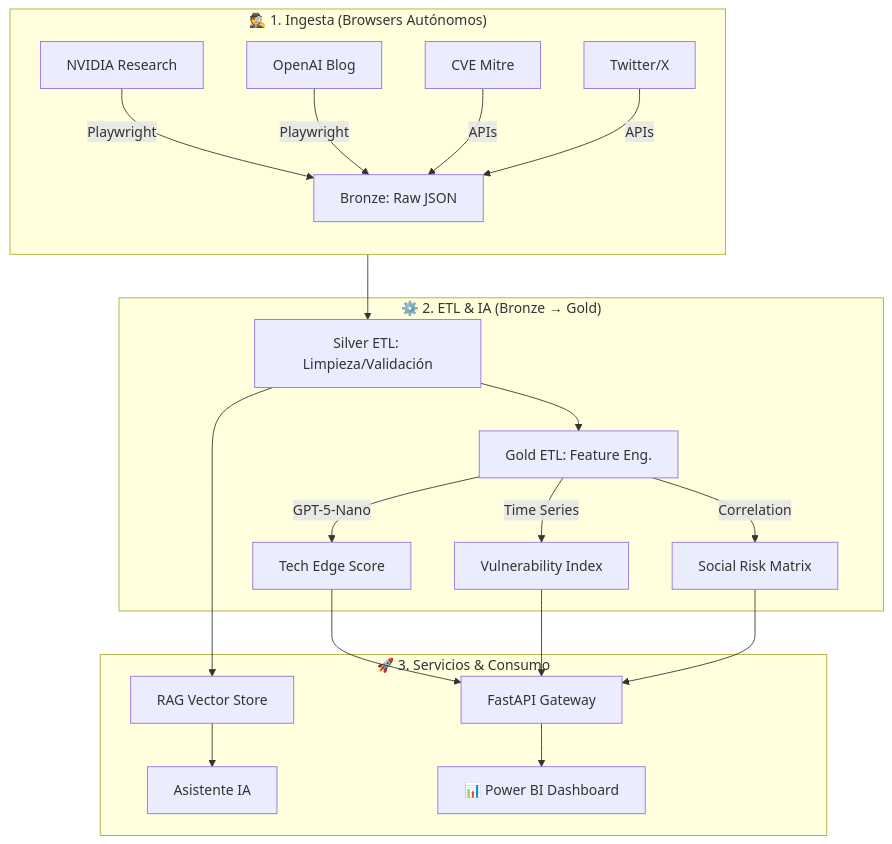
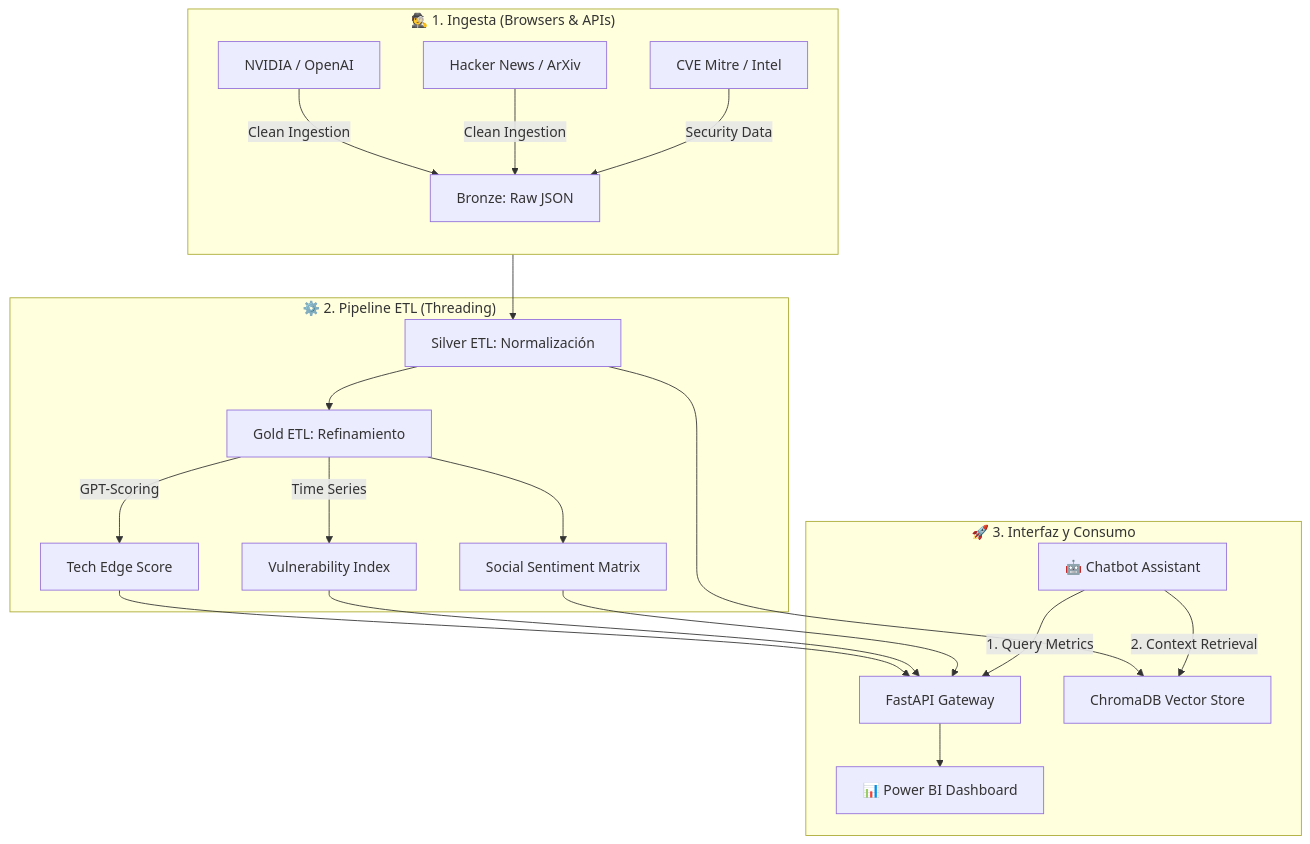
One commit to dunkelkaiser/ciber_monitoring changed the diagram in README.md. Above: the diagram before and after it, drawn with Mermaid. The commit also changed other lines of this file and 2 other files, not shown here.

````diff
--- a/README.md
+++ b/README.md
@@ -50,23 +40,24 @@
 ```mermaid
 graph TD
-    subgraph Ingesta_Automatizada ["🕵️ 1. Ingesta (Browsers Autónomos)"]
+    subgraph Ingesta_Automatizada ["🕵️ 1. Ingesta (Browsers & APIs)"]
         direction TB
-        A[NVIDIA Research] & B[OpenAI Blog] -->|Playwright| C[Bronze: Raw JSON]
-        D[CVE Mitre] & E[Twitter/X] -->|APIs| C
+        A[NVIDIA / OpenAI] & B[Hacker News / ArXiv] -->|Clean Ingestion| C[Bronze: Raw JSON]
+        D[CVE Mitre / Intel] -->|Security Data| C
     end
 
-    subgraph Procesamiento_Datos ["⚙️ 2. ETL & IA (Bronze → Gold)"]
-        C --> F[Silver ETL: Limpieza/Validación]
-        F --> G[Gold ETL: Feature Eng.]
-        G -->|GPT-5-Nano| H[Tech Edge Score]
+    subgraph Procesamiento_IA ["⚙️ 2. Pipeline ETL (Threading)"]
+        C --> F[Silver ETL: Normalización]
+        F --> G[Gold ETL: Refinamiento]
+        G -->|GPT-Scoring| H[Tech Edge Score]
         G -->|Time Series| I[Vulnerability Index]
-        G -->|Correlation| J[Social Risk Matrix]
+        G --> J[Social Sentiment Matrix]
     end
 
-    subgraph Capa_Servicios ["🚀 3. Servicios & Consumo"]
+    subgraph Capa_Servicios ["🚀 3. Interfaz y Consumo"]
         H & I & J --> K[FastAPI Gateway]
-        F --> L[RAG Vector Store]
-        L --> M[Asistente IA]
+        F --> L[ChromaDB Vector Store]
+        M[🤖 Chatbot Assistant] -->|1. Query Metrics| K
+        M -->|2. Context Retrieval| L
         K --> N[📊 Power BI Dashboard]
     end
 ```
````
